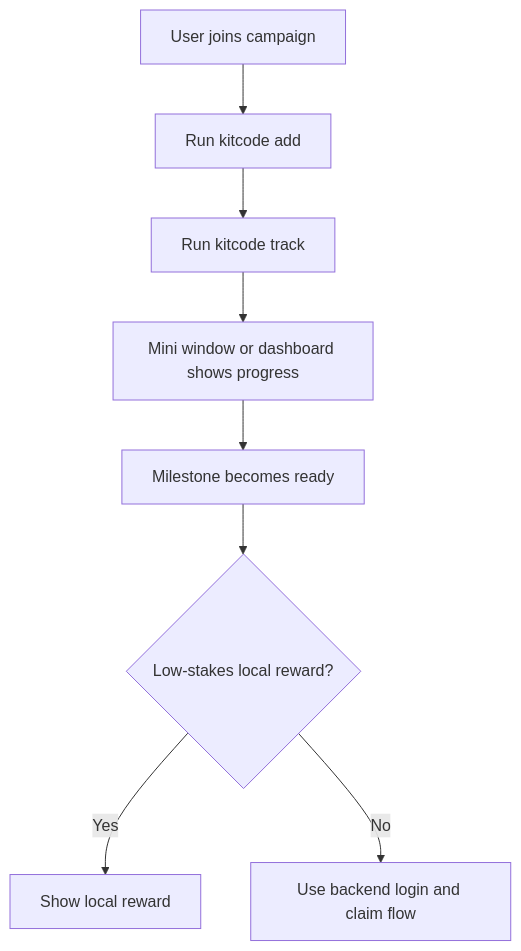
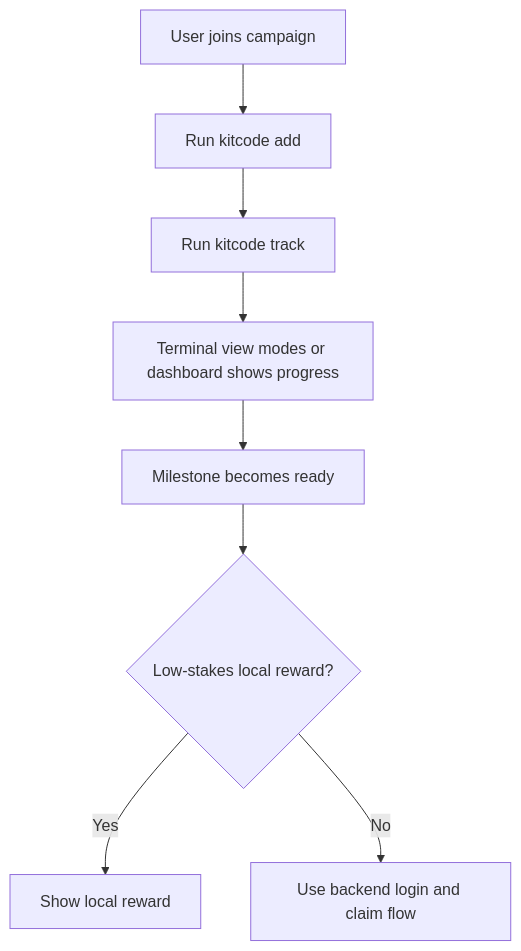
One commit to onedigitas/kit-code changed the diagram in README.md. Above: the diagram before and after it, drawn with Mermaid. The commit also changed other lines of this file and 21 other files, not shown here.

````diff
--- a/README.md
+++ b/README.md
@@ -213,10 +212,10 @@
 ```mermaid
 flowchart TD
   A["User joins campaign"] --> B["Run kitcode add"]
   B --> C["Run kitcode track"]
-  C --> D["Mini window or dashboard shows progress"]
+  C --> D["Terminal view modes or dashboard shows progress"]
   D --> E["Milestone becomes ready"]
   E --> F{"Low-stakes local reward?"}
   F -->|Yes| G["Show local reward"]
   F -->|No| H["Use backend login and claim flow"]
 ```
````
